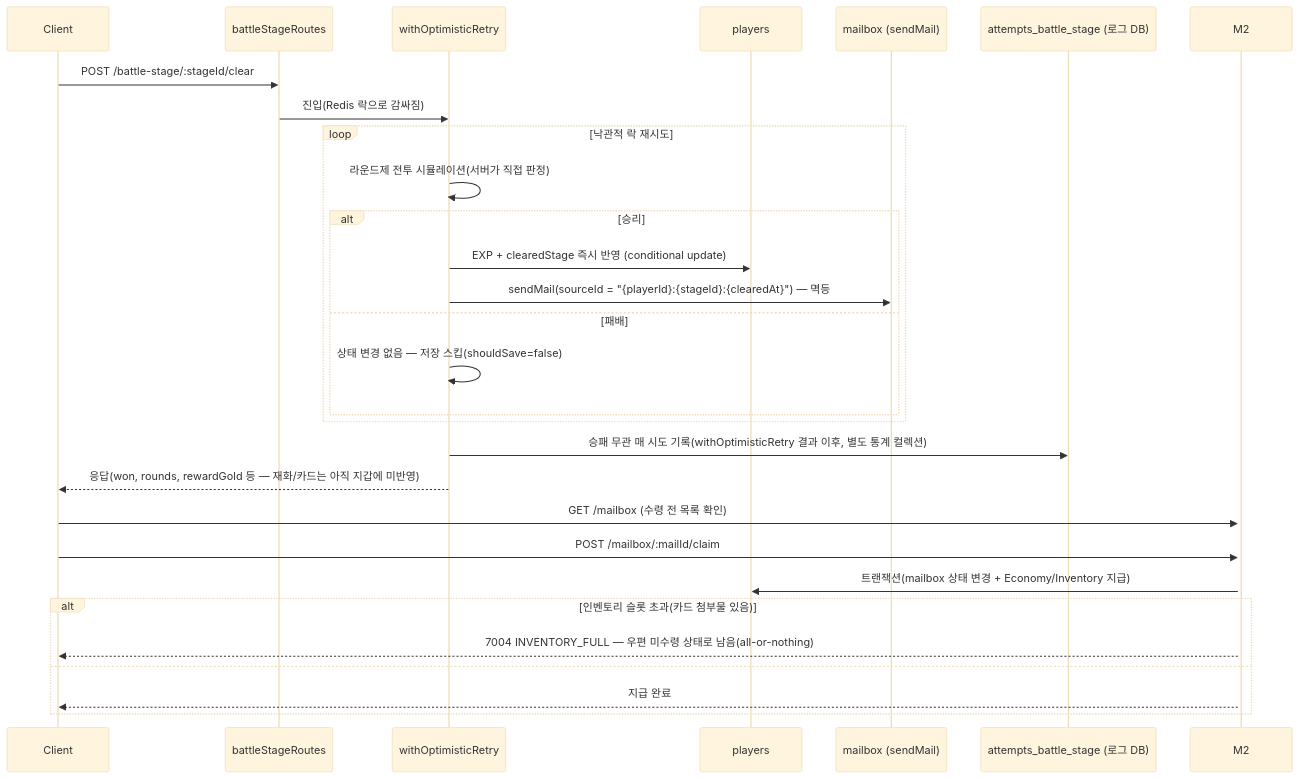
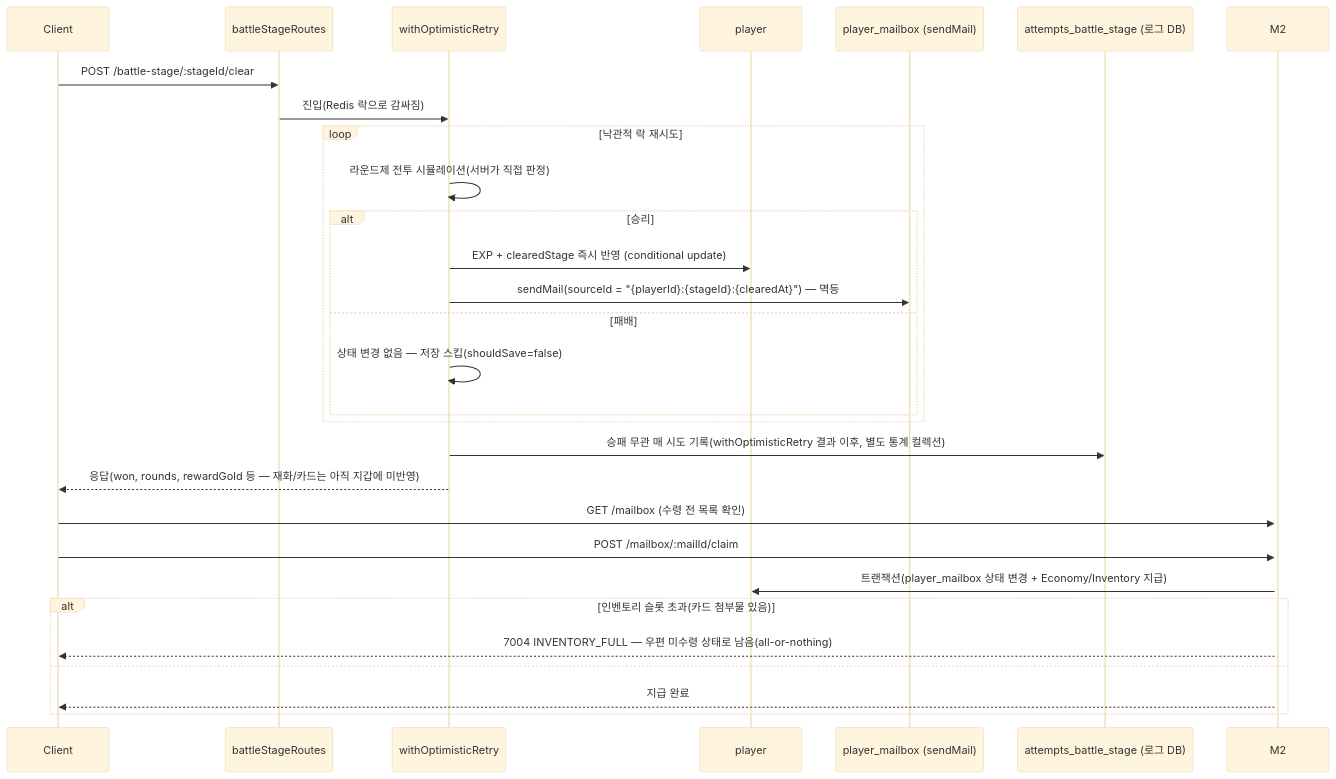
The diagram in docs/07_BATTLE_MAILBOX_SCENARIO.md (trisakion0500/enhance-or-bust), drawn with Mermaid (base theme) before and after one commit. The commit also changed 26 other files, not shown here.

Commit message:
출석부 로테이션 in-place 리셋 재설계, 신규/복귀유저 대상 출석부 추가, gm_platform 출석 감사로그 조회 API 신규, 런타임 쓰기 컬렉션에 player_ 프리픽스 부여(players/mailbox/coupon_redemptions/attendance_instances -> player/player_mailbox/player_coupon/player_attendance)

````diff
--- a/docs/07_BATTLE_MAILBOX_SCENARIO.md
+++ b/docs/07_BATTLE_MAILBOX_SCENARIO.md
@@ -18,32 +18,32 @@
 ```mermaid
 sequenceDiagram
     participant C as Client
     participant B as battleStageRoutes
     participant O as withOptimisticRetry
-    participant P as players
-    participant M as mailbox (sendMail)
+    participant P as player
+    participant M as player_mailbox (sendMail)
     participant A as attempts_battle_stage (로그 DB)
 
     C->>B: POST /battle-stage/:stageId/clear
     B->>O: 진입(Redis 락으로 감싸짐)
     loop 낙관적 락 재시도
         O->>O: 라운드제 전투 시뮬레이션(서버가 직접 판정)
         alt 승리
             O->>P: EXP + clearedStage 즉시 반영 (conditional update)
             O->>M: sendMail(sourceId = "{playerId}:{stageId}:{clearedAt}") — 멱등
         else 패배
             O->>O: 상태 변경 없음 — 저장 스킵(shouldSave=false)
         end
     end
     O->>A: 승패 무관 매 시도 기록(withOptimisticRetry 결과 이후, 별도 통계 컬렉션)
     O-->>C: 응답(won, rounds, rewardGold 등 — 재화/카드는 아직 지갑에 미반영)
 
     C->>+M2: GET /mailbox (수령 전 목록 확인)
     C->>M2: POST /mailbox/:mailId/claim
-    M2->>P: 트랜잭션(mailbox 상태 변경 + Economy/Inventory 지급)
+    M2->>P: 트랜잭션(player_mailbox 상태 변경 + Economy/Inventory 지급)
     alt 인벤토리 슬롯 초과(카드 첨부물 있음)
         M2-->>C: 7004 INVENTORY_FULL — 우편 미수령 상태로 남음(all-or-nothing)
     else
         M2-->>C: 지급 완료
     end
 ```
````
